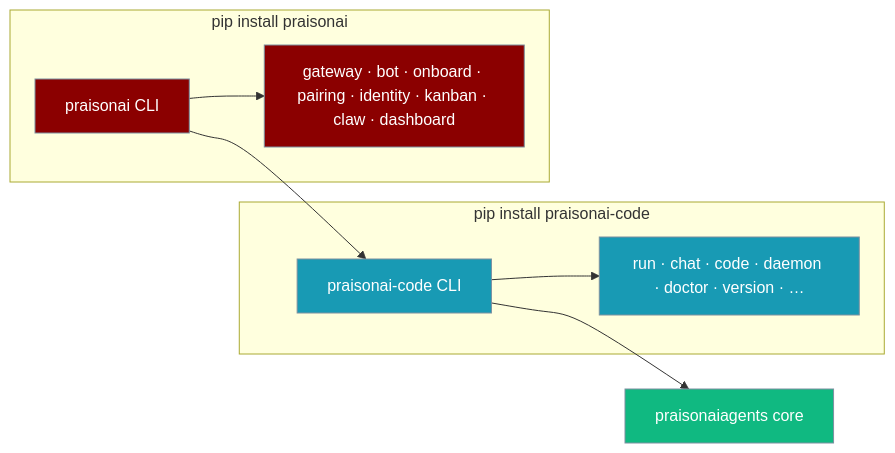
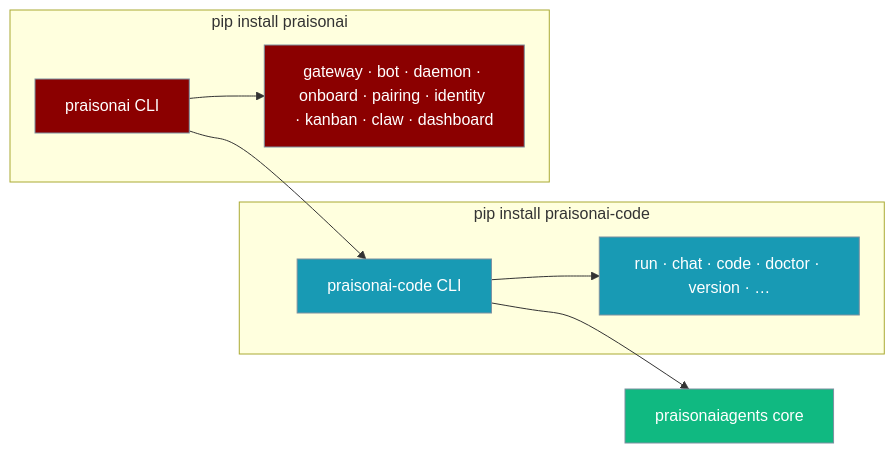
The first of 2 diagrams in docs/features/praisonai-code-cli.mdx (MervinPraison/PraisonAIDocs), drawn with Mermaid before and after one commit.

Commit message:
docs: fix daemon listed in standalone praisonai-code Mermaid diagram (fixes #1416)

````diff
--- a/docs/features/praisonai-code-cli.mdx
+++ b/docs/features/praisonai-code-cli.mdx
@@ -22,18 +22,18 @@
 ```mermaid
 graph LR
     subgraph "pip install praisonai-code"
-        A[praisonai-code CLI] --> A1[run · chat · code · daemon · doctor · version · …]
+        A[praisonai-code CLI] --> A1[run · chat · code · doctor · version · …]
     end
     subgraph "pip install praisonai"
-        B[praisonai CLI] --> B1[gateway · bot · onboard · pairing · identity · kanban · claw · dashboard]
+        B[praisonai CLI] --> B1[gateway · bot · daemon · onboard · pairing · identity · kanban · claw · dashboard]
         B --> A
     end
     A --> C[praisonaiagents core]
 
     classDef code fill:#189AB4,stroke:#7C90A0,color:#fff
     classDef wrapper fill:#8B0000,stroke:#7C90A0,color:#fff
     classDef core fill:#10B981,stroke:#7C90A0,color:#fff
     class A,A1 code
     class B,B1 wrapper
     class C core
 ```
````
